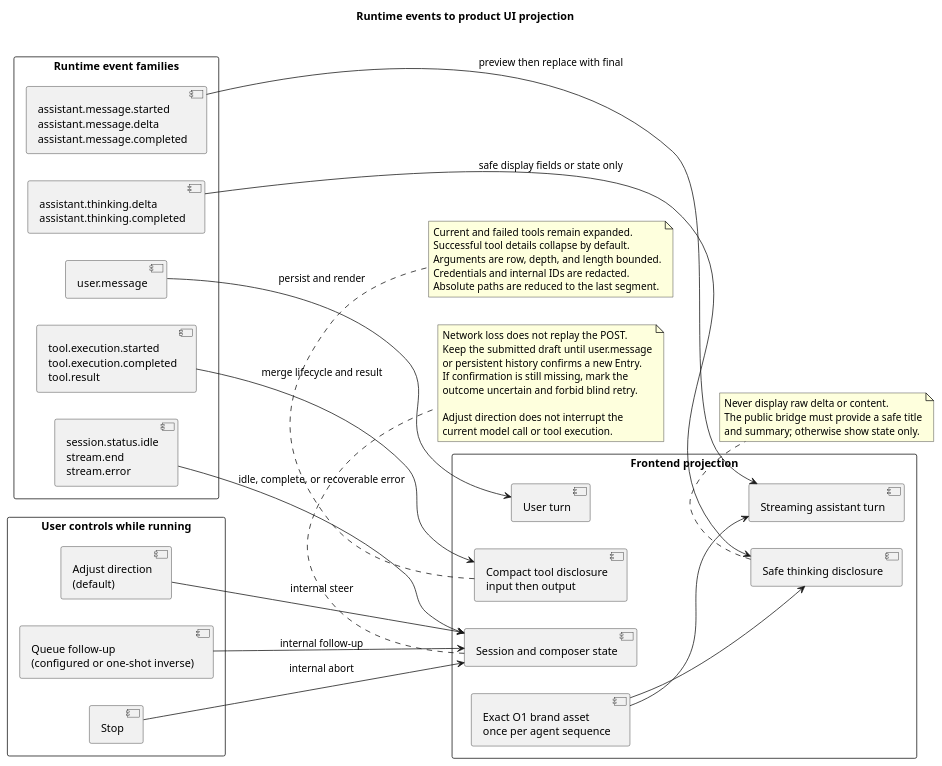
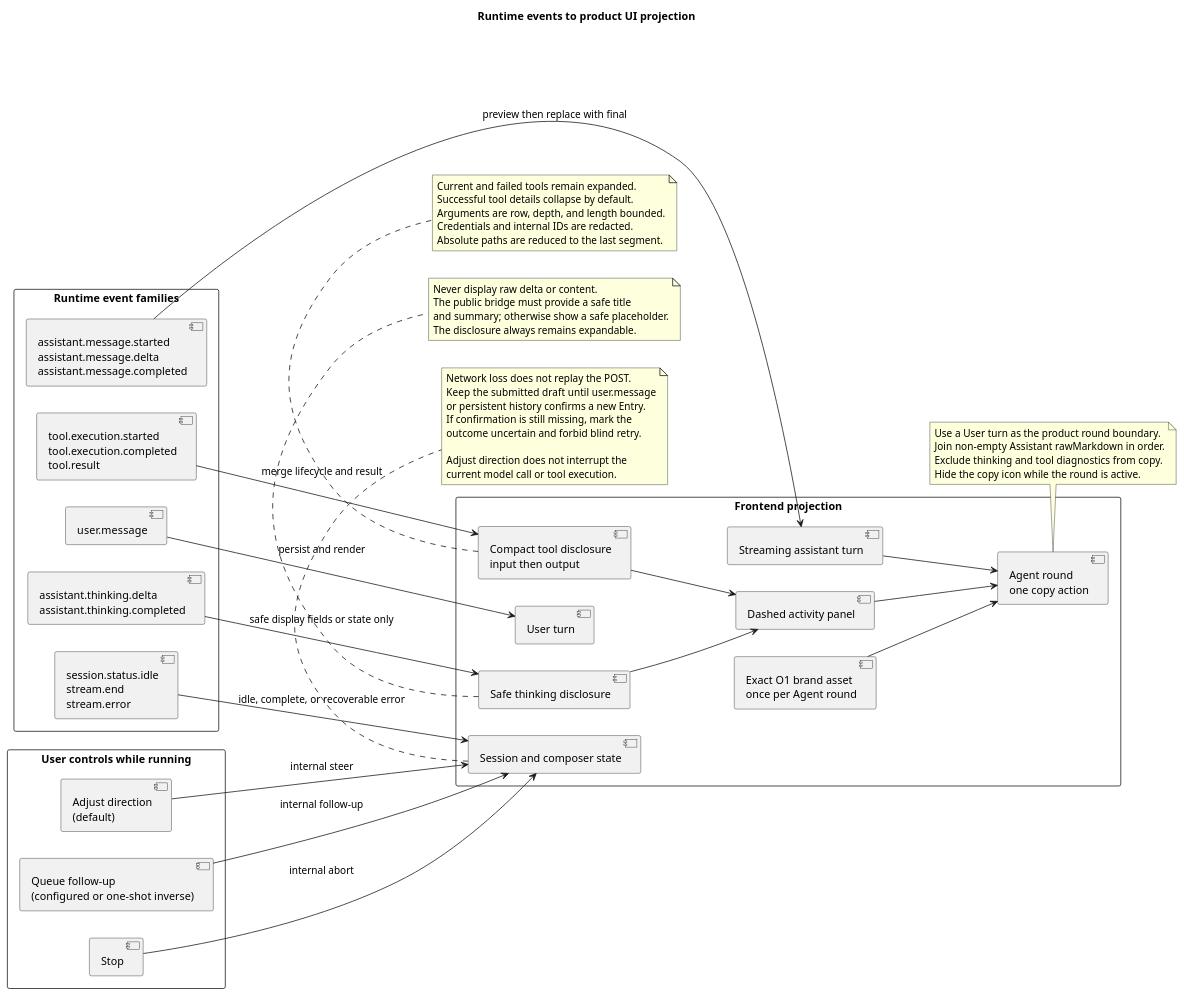
The third of 3 diagrams in docs/designs/campusclaw-frontend/diagram.puml (2862282695gjh-afk/pi-mono-java), drawn with PlantUML before and after one commit. The commit also changed other lines of this file and 23 other files, not shown here.

```diff
--- a/docs/designs/campusclaw-frontend/diagram.puml
+++ b/docs/designs/campusclaw-frontend/diagram.puml
@@ -147,81 +152,97 @@
 @startuml runtime_event_ui_projection
 ' Backend source baseline: origin/main 63adc08cf5c57e3a7cc3caa317452062606ce8b4.
-' Frontend pre-change baseline: 849e4173.
+' Frontend interaction-refinement baseline: origin/main ce8ad1efa49c8023350b68de2e1d6f347576aa25.
 ' Visual design baseline: campusclaw-frontend-design 5c2231654ea94dd248b5ea9a478d2cb27cd36a52.
 ' Source evidence: frontend/src/projectors/runtimeEventProjector.ts (projectRuntimeEvents, projectAssistantEvent, projectThinkingEvent, projectToolEvent, projectToolArguments).
 ' Source evidence: frontend/src/composables/useRuntimeApi.ts (dispatchSseFrame, mergeRuntimeEvent, loadHistory).
-' Source evidence: frontend/src/components/ConversationTimeline.vue, ThinkingDisclosure.vue, ToolActivity.vue, and BrandMark.vue.
+' Source evidence: frontend/src/projectors/conversationRounds.ts (groupConversationTurns, groupAgentBlocks).
+' Source evidence: frontend/src/components/ConversationTimeline.vue, AgentRound.vue, ThinkingDisclosure.vue, ToolActivity.vue, and BrandMark.vue.
 ' Source evidence: frontend/src/assets/campusclaw-mark-o1.png and frontend/src/style.css.
 ' Source evidence: frontend/src/components/ComposerBox.vue (onKeydown, current follow-up mode).
 ' Source evidence: modules/coding-agent-cli/src/main/java/com/campusclaw/codingagent/runtimeapi/event/RuntimeEventType.java (RuntimeEventType).
 ' Source evidence: modules/coding-agent-cli/src/main/java/com/campusclaw/codingagent/runtimeapi/event/RuntimeEventProjector.java (projectMessageStart, projectMessageUpdate, projectToolStart, projectToolEnd).
 ' Source evidence: modules/coding-agent-cli/src/main/java/com/campusclaw/codingagent/runtimeapi/event/RuntimeEntryCodec.java (toHistoryEvent, toSseData).
 ' Product-reference evidence: ChatGPT.app webview/assets/app-initial-BCLYDefw.js (followUpQueueMode, K9s) and webview/assets/zh-CN-ByRVSIXt.js.
 ' Observed behavior: HTTP 1.38 lowerCamelCase persistent entries and transient execution events share one request-scoped SSE response; Runtime thinking contains raw reasoning and no safe display summary.
 ' Observed Codex behavior: desktop follow-up mode defaults to steer; a modifier submits one message with the inverse mode.
 ' Security hardening: raw thinking is ignored; tool arguments are bounded and redacted before DOM projection.
+' Architecture change: User turns bound Agent rounds; each completed round owns one copy action.
+' Product constraint: consecutive thinking and tool items share a warm neutral dashed activity panel.
 ' Design reason: the UI projects protocol events into stable conversation objects, exposes compact safe activity, and uses one current follow-up mode instead of two persistent choices.
 
 title Runtime events to product UI projection
 left to right direction
 
 rectangle "Runtime event families" as Events {
   component "user.message" as UserEvent
   component "assistant.message.started\nassistant.message.delta\nassistant.message.completed" as AssistantEvents
   component "assistant.thinking.delta\nassistant.thinking.completed" as ThinkingEvents
   component "tool.execution.started\ntool.execution.completed\ntool.result" as ToolEvents
   component "session.status.idle\nstream.end\nstream.error" as TerminalEvents
 }
 
 rectangle "Frontend projection" as Projection {
   component "User turn" as UserTurn
   component "Streaming assistant turn" as AssistantTurn
   component "Safe thinking disclosure" as ThinkingDisclosure
   component "Compact tool disclosure\ninput then output" as ToolDisclosure
-  component "Exact O1 brand asset\nonce per agent sequence" as BrandAsset
+  component "Dashed activity panel" as ActivityPanel
+  component "Agent round\none copy action" as AgentRound
+  component "Exact O1 brand asset\nonce per Agent round" as BrandAsset
   component "Session and composer state" as SessionState
 }
 
 rectangle "User controls while running" as Controls {
   component "Adjust direction\n(default)" as Adjust
   component "Queue follow-up\n(configured or one-shot inverse)" as Continue
   component "Stop" as Stop
 }
 
 UserEvent --> UserTurn : persist and render
 AssistantEvents --> AssistantTurn : preview then replace with final
 ThinkingEvents --> ThinkingDisclosure : safe display fields or state only
 ToolEvents --> ToolDisclosure : merge lifecycle and result
 TerminalEvents --> SessionState : idle, complete, or recoverable error
-BrandAsset --> AssistantTurn
-BrandAsset --> ThinkingDisclosure
+ThinkingDisclosure --> ActivityPanel
+ToolDisclosure --> ActivityPanel
+AssistantTurn --> AgentRound
+ActivityPanel --> AgentRound
+BrandAsset --> AgentRound
 
 Adjust --> SessionState : internal steer
 Continue --> SessionState : internal follow-up
 Stop --> SessionState : internal abort
 
 note bottom of ThinkingDisclosure
 Never display raw delta or content.
 The public bridge must provide a safe title
-and summary; otherwise show state only.
+and summary; otherwise show a safe placeholder.
+The disclosure always remains expandable.
 end note
 
 note bottom of ToolDisclosure
 Current and failed tools remain expanded.
 Successful tool details collapse by default.
 Arguments are row, depth, and length bounded.
 Credentials and internal IDs are redacted.
 Absolute paths are reduced to the last segment.
+end note
+
+note bottom of AgentRound
+Use a User turn as the product round boundary.
+Join non-empty Assistant rawMarkdown in order.
+Exclude thinking and tool diagnostics from copy.
+Hide the copy icon while the round is active.
 end note
 
 note bottom of SessionState
 Network loss does not replay the POST.
 Keep the submitted draft until user.message
 or persistent history confirms a new Entry.
 If confirmation is still missing, mark the
 outcome uncertain and forbid blind retry.
 
 Adjust direction does not interrupt the
 current model call or tool execution.
 end note
 @enduml
```
